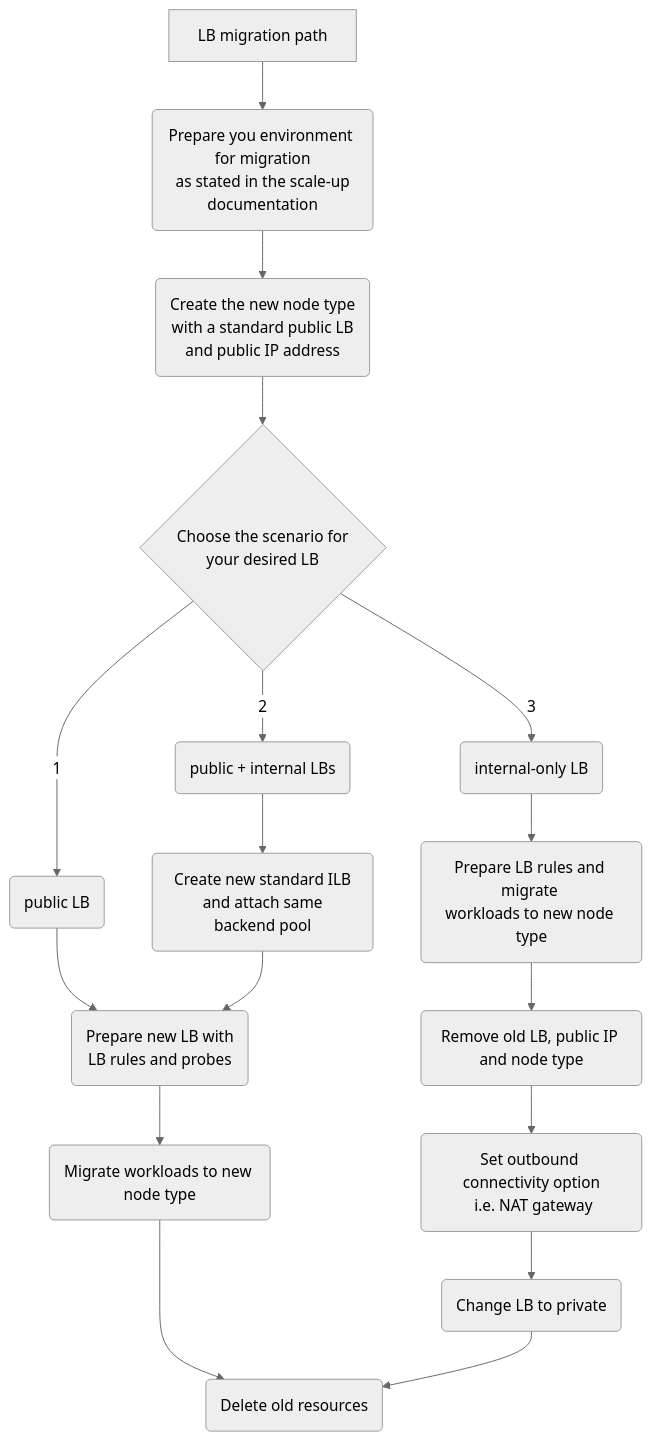
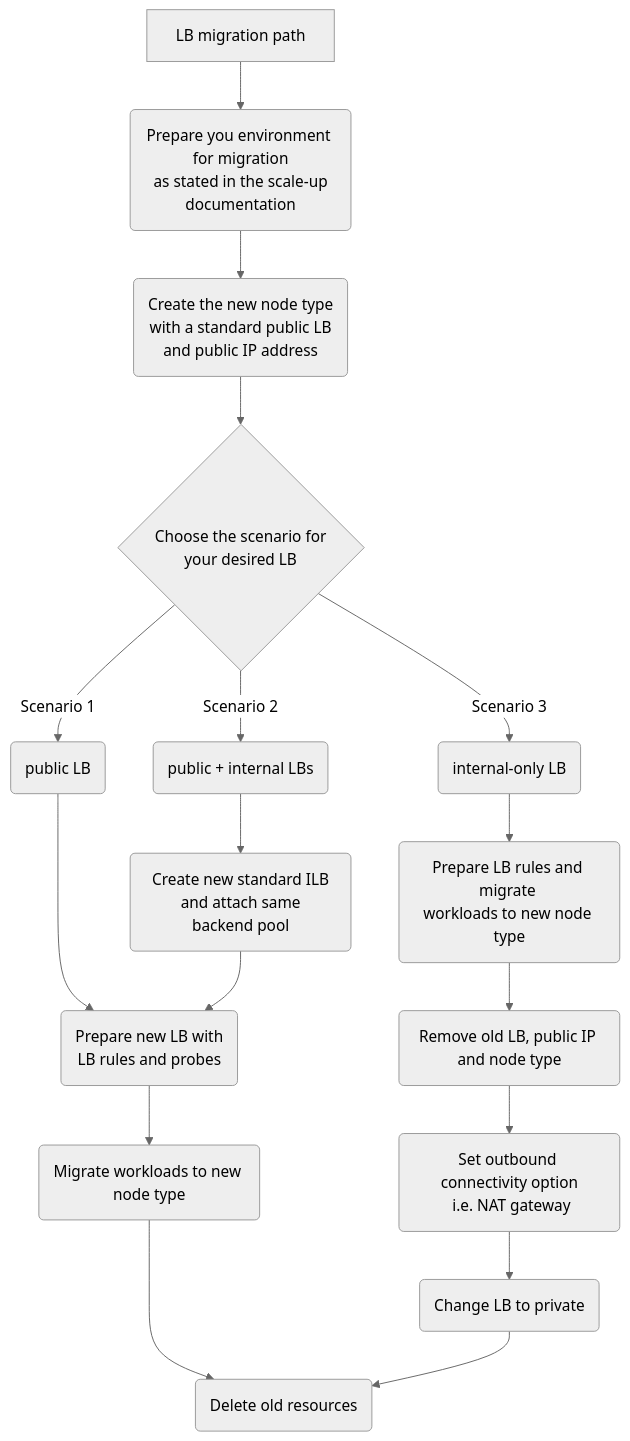
Before and after one commit to Azure/Service-Fabric-Troubleshooting-Guides: the diagram in Deployment/Upgrade Service Fabric cluster basic load balancer.md, drawn with Mermaid (neutral theme).

Commit message:
Update Upgrade Service Fabric cluster basic load balancer.md
align mermaid graph

````diff
--- a/Deployment/Upgrade Service Fabric cluster basic load balancer.md
+++ b/Deployment/Upgrade Service Fabric cluster basic load balancer.md
@@ -27,13 +27,13 @@
 ```mermaid
 graph TD
    A[LB migration path] -->B(Prepare you environment for migration<br/> as stated in the scale-up documentation)-->C(Create the new node type <br/> with a standard public LB <br/> and public IP address)-->P{Choose the scenario for<br/> your desired LB}
-P-->|1|D(public LB)-->E(Prepare new LB with<br/> LB rules and probes)-->F(Migrate workloads to new node type)
-P-->|2|G(public + internal LBs)-->H(Create new standard ILB<br/> and attach same backend pool)
-P-->|3|J(internal-only LB)-->K(Prepare LB rules and migrate <br/>workloads to new node type)-->L(Remove old LB, public IP and node type)--> M(Set outbound connectivity option<br/> i.e. NAT gateway)--> N(Change LB to private)
+P-->|Scenario 1|D(public LB)--->E(Prepare new LB with<br/> LB rules and probes)-->F(Migrate workloads to new node type)
+P-->|Scenario 2|G(public + internal LBs)-->H(Create new standard ILB<br/> and attach same backend pool)
+P-->|Scenario 3|J(internal-only LB)-->K(Prepare LB rules and migrate <br/>workloads to new node type)-->L(Remove old LB, public IP and node type)--> M(Set outbound connectivity option<br/> i.e. NAT gateway)--> N(Change LB to private)
 F-->O(Delete old resources)
 H-->E
 N-->O
 click D "#basic-migration"
 click J "#internal-only-migration"
 click G "#internal-and-external-migration"
 ```
````
